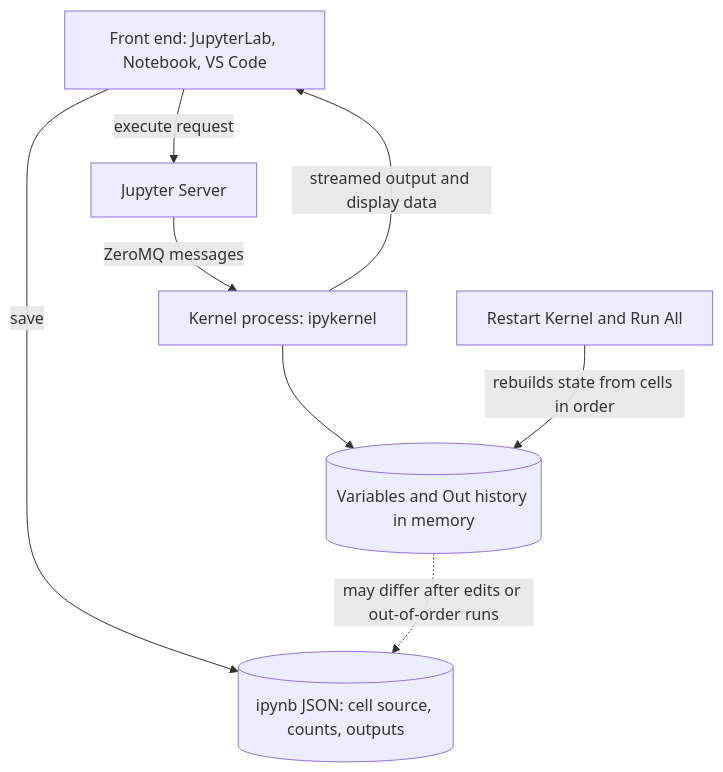
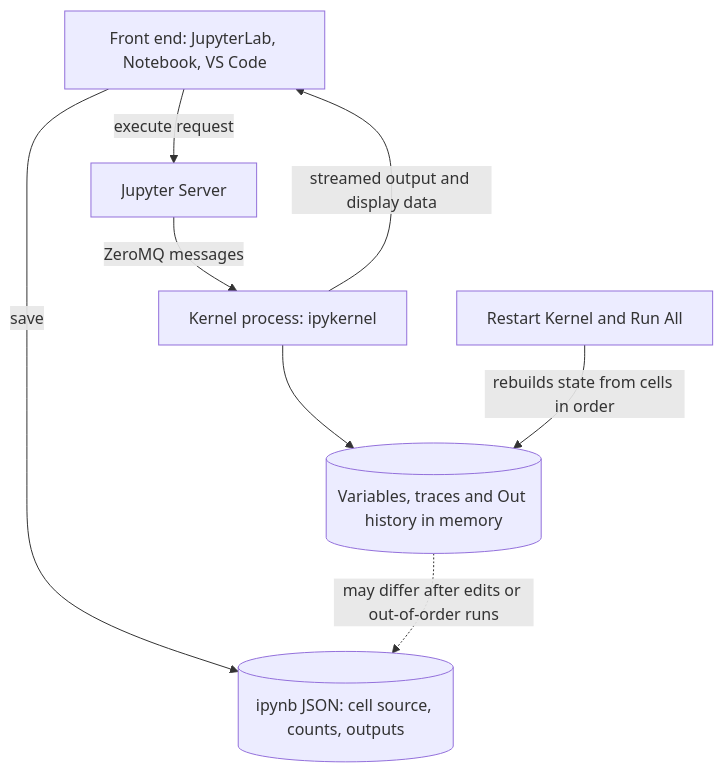
One commit to lovishmahajan97/agentic-learning changed the diagram in content/python-for-ai/jupyter.md. Above: the diagram before and after it, drawn with Mermaid. The commit also changed other lines of this file and 266 other files, not shown here.

````diff
--- a/content/python-for-ai/jupyter.md
+++ b/content/python-for-ai/jupyter.md
@@ -85,10 +105,10 @@
 ```mermaid
 flowchart TD
     F["Front end: JupyterLab, Notebook, VS Code"] -->|"execute request"| S["Jupyter Server"]
     S -->|"ZeroMQ messages"| K["Kernel process: ipykernel"]
-    K --> M[("Variables and Out history in memory")]
+    K --> M[("Variables, traces and Out history in memory")]
     K -->|"streamed output and display data"| F
     F -->|"save"| N[("ipynb JSON: cell source, counts, outputs")]
     M -.->|"may differ after edits or out-of-order runs"| N
     R["Restart Kernel and Run All"] -->|"rebuilds state from cells in order"| M
 ```
````
